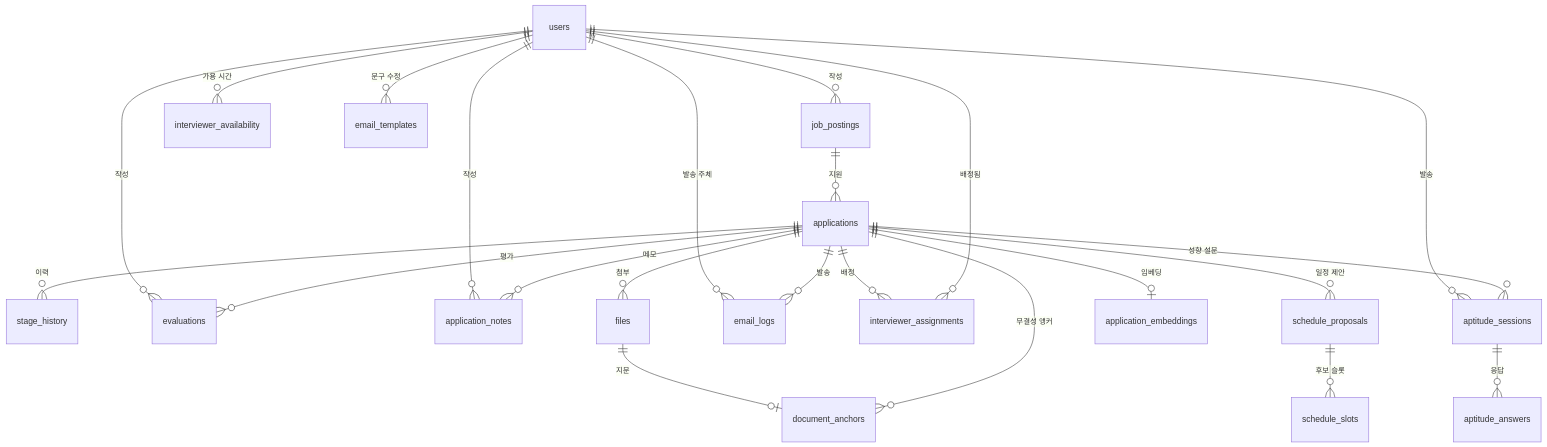
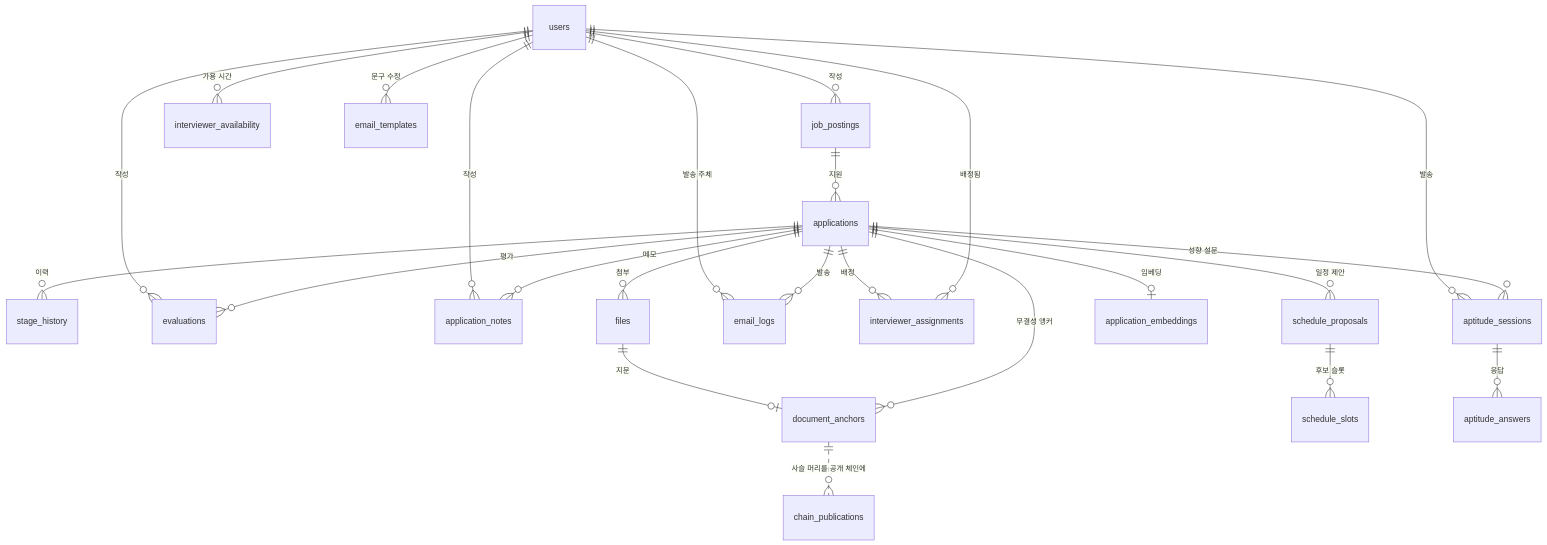
Before and after one commit to Seuk-Team/Arda: the diagram in docs/00_overview/01-erd.md, drawn with Mermaid. The commit also changed other lines of this file and 13 other files, not shown here.

````diff
--- a/docs/00_overview/01-erd.md
+++ b/docs/00_overview/01-erd.md
@@ -22,25 +23,26 @@
 ```mermaid
 erDiagram
     users ||--o{ job_postings : "작성"
     job_postings ||--o{ applications : "지원"
     applications ||--o{ stage_history : "이력"
     applications ||--o{ evaluations : "평가"
     applications ||--o{ application_notes : "메모"
     applications ||--o{ files : "첨부"
     applications ||--o{ document_anchors : "무결성 앵커"
     files ||--o| document_anchors : "지문"
+    document_anchors ||..o{ chain_publications : "사슬 머리를 공개 체인에"
     applications ||--o{ email_logs : "발송"
     users ||--o{ evaluations : "작성"
     users ||--o{ application_notes : "작성"
     users ||--o{ interviewer_assignments : "배정됨"
     applications ||--o{ interviewer_assignments : "배정"
     users ||--o{ interviewer_availability : "가용 시간"
     applications ||--o{ schedule_proposals : "일정 제안"
     schedule_proposals ||--o{ schedule_slots : "후보 슬롯"
     applications ||--o| application_embeddings : "임베딩"
     users ||--o{ email_logs : "발송 주체"
     users ||--o{ email_templates : "문구 수정"
     applications ||--o{ aptitude_sessions : "성향 설문"
     aptitude_sessions ||--o{ aptitude_answers : "응답"
     users ||--o{ aptitude_sessions : "발송"
 ```
````
